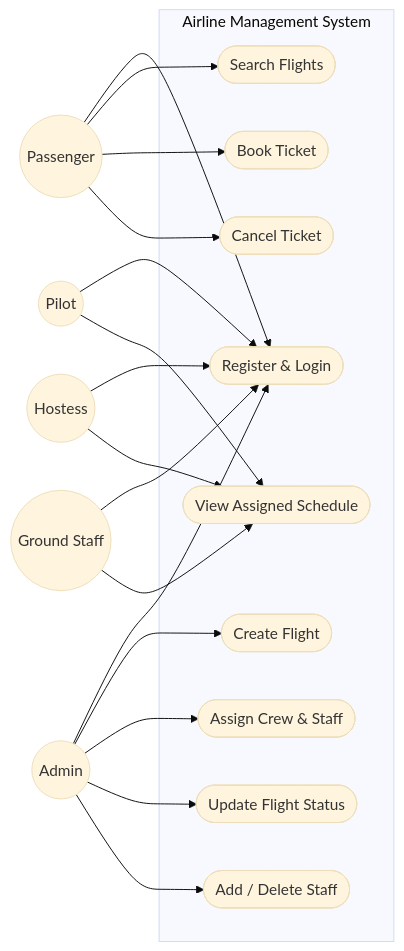
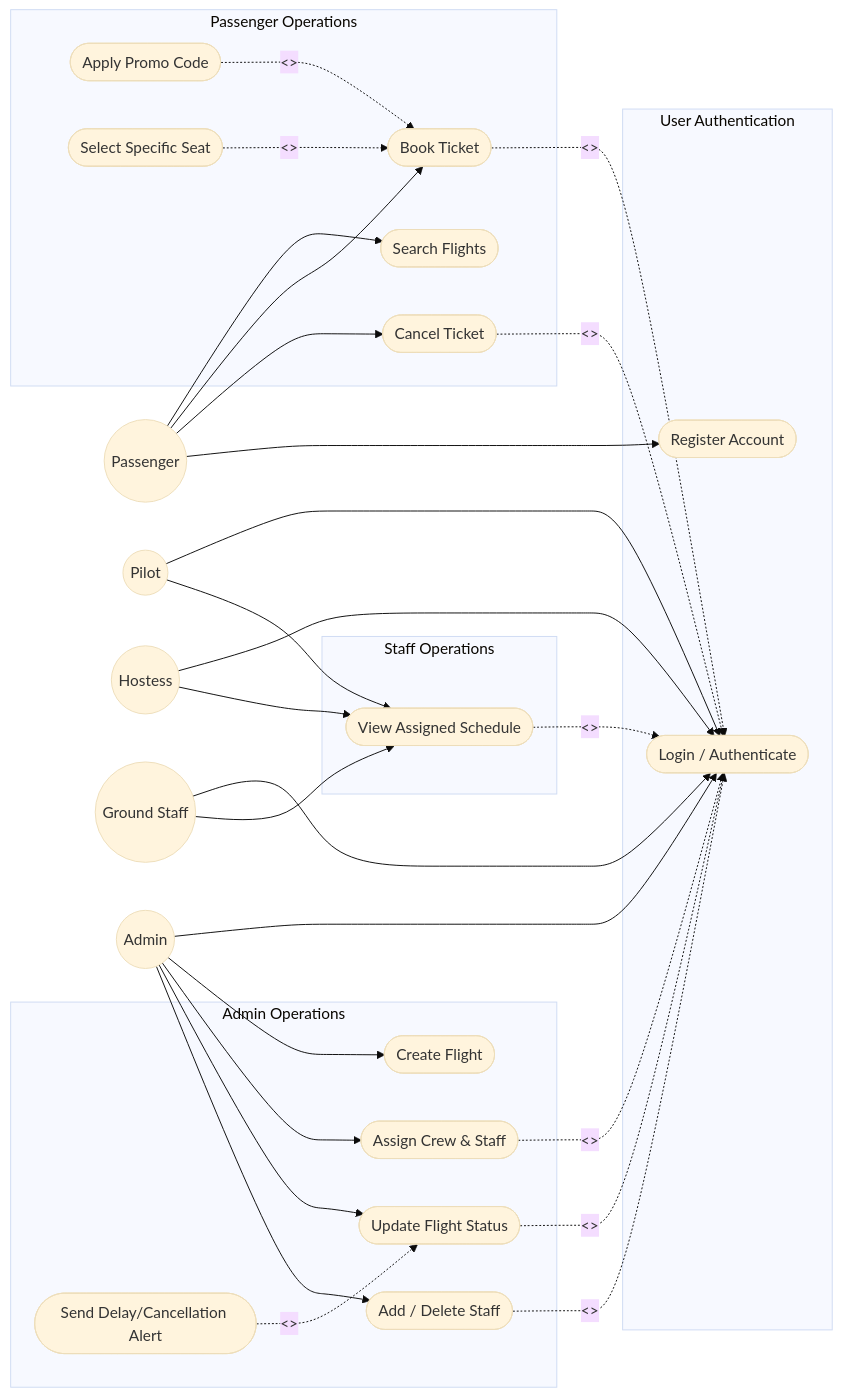
Before and after one commit to savanthsan/Airline: the first of 3 diagrams in README.md, drawn with Mermaid (base theme). The commit also changed other lines of this file, not shown here.

Commit message:
Detail Use Case diagram in README.md with include and extend relationships and subgraph partitions

````diff
--- a/README.md
+++ b/README.md
@@ -35,34 +35,60 @@
 ```mermaid
 graph LR
-  subgraph Airline Management System
-    UC1([Register & Login])
+  subgraph User Authentication
+    UC1([Login / Authenticate])
+    UC_Reg([Register Account])
+  end
+
+  subgraph Passenger Operations
     UC2([Search Flights])
     UC3([Book Ticket])
     UC4([Cancel Ticket])
+    UC3_Promo([Apply Promo Code])
+    UC3_Seat([Select Specific Seat])
+  end
+
+  subgraph Staff Operations
     UC5([View Assigned Schedule])
+  end
+
+  subgraph Admin Operations
     UC6([Create Flight])
     UC7([Assign Crew & Staff])
     UC8([Update Flight Status])
     UC9([Add / Delete Staff])
+    UC8_Alert([Send Delay/Cancellation Alert])
   end
 
-  Passenger((Passenger)) --> UC1
-  Passenger --> UC2
+  Passenger((Passenger)) --> UC2
   Passenger --> UC3
   Passenger --> UC4
+  Passenger --> UC_Reg
 
   Pilot((Pilot)) --> UC1
   Pilot --> UC5
 
   Hostess((Hostess)) --> UC1
   Hostess --> UC5
 
   GroundStaff((Ground Staff)) --> UC1
   GroundStaff --> UC5
 
   Admin((Admin)) --> UC1
   Admin --> UC6
   Admin --> UC7
   Admin --> UC8
   Admin --> UC9
+
+  %% Include Relationships (Base points to Included)
+  UC3 -. "<<include>>" .-> UC1
+  UC4 -. "<<include>>" .-> UC1
+  UC5 -. "<<include>>" .-> UC1
+  UC7 -. "<<include>>" .-> UC1
+  UC8 -. "<<include>>" .-> UC1
+  UC9 -. "<<include>>" .-> UC1
+
+  %% Extend Relationships (Extending points to Base)
+  UC3_Promo -. "<<extend>>" .-> UC3
+  UC3_Seat -. "<<extend>>" .-> UC3
+  UC8_Alert -. "<<extend>>" .-> UC8
 ```
````
